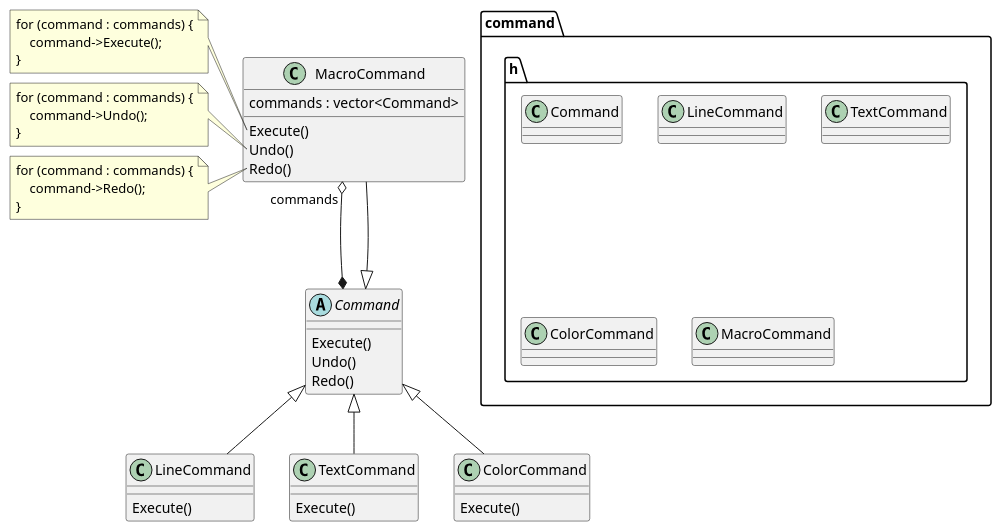
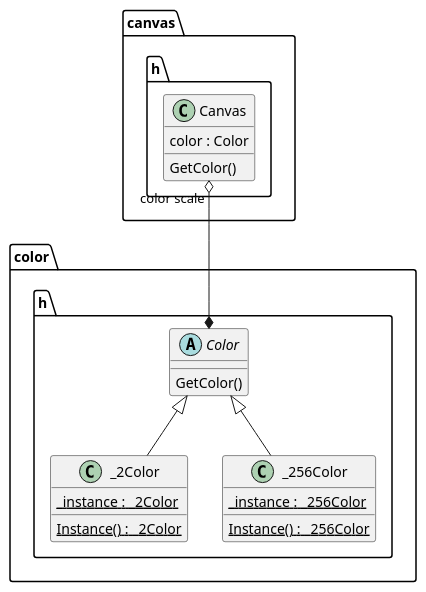
One commit to Farrrrland/Fudan_OOT_2022 changed the second of 4 diagrams in Design.md. Above: the diagram before and after it, drawn with PlantUML. The commit also changed other lines of this file, not shown here.

````diff
--- a/Design.md
+++ b/Design.md
@@ -9,54 +31,24 @@
 ```plantuml
 @startuml
-package command.h {
-    class Command
-    class LineCommand
-    class TextCommand
-    class ColorCommand
-    class MacroCommand
+package color.h {
+    abstract class Color {
+        GetColor()
+    }
+    class _2Color extends Color {
+        {static} Instance() : _2Color
+        {static} _instance : _2Color
+    }
+    class _256Color extends Color {
+        {static} Instance() : _256Color
+        {static} _instance : _256Color
+    }
 }
-abstract class Command {
-    Execute()
-    Undo()
-    Redo()
+package canvas.h {
+    class Canvas {
+        color : Color
+        GetColor()
+    }
 }
-
-class LineCommand extends Command {
-    Execute()
-}
-
-class TextCommand extends Command {
-    Execute()
-}
-
-class ColorCommand extends Command {
-    Execute()
-}
-
-class MacroCommand extends Command {
-    commands : vector<Command>
-    Execute()
-    Undo()
-    Redo()
-}
-
-MacroCommand "commands" o--* Command
-
-note left of MacroCommand::Execute()
-    for (command : commands) {
-        command->Execute();
-    }
-endnote
-note left of MacroCommand::Undo()
-    for (command : commands) {
-        command->Undo();
-    }
-endnote
-note left of MacroCommand::Redo()
-    for (command : commands) {
-        command->Redo();
-    }
-endnote
-
+Canvas "color scale" o--* Color
 @enduml
 ```
````
